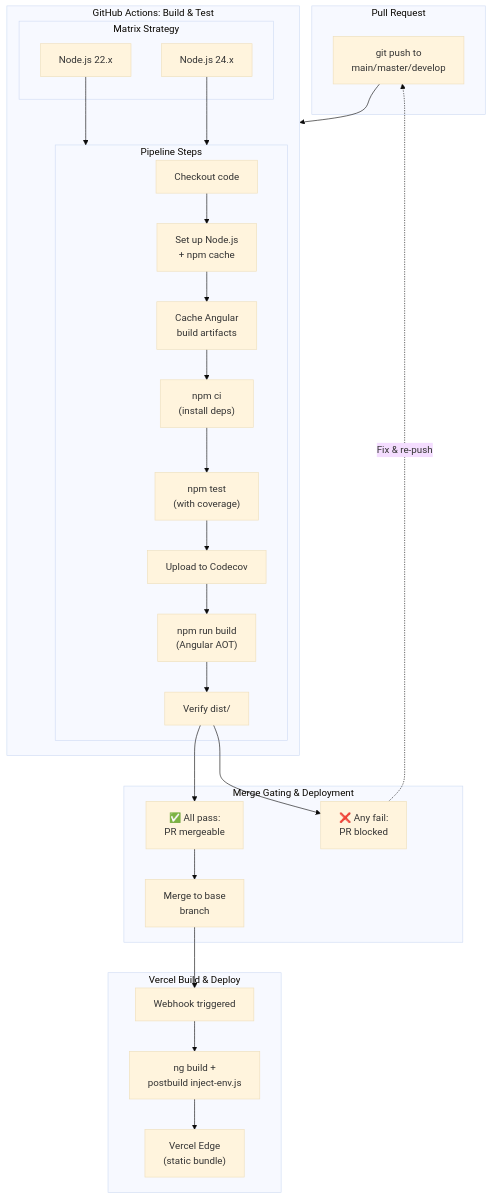
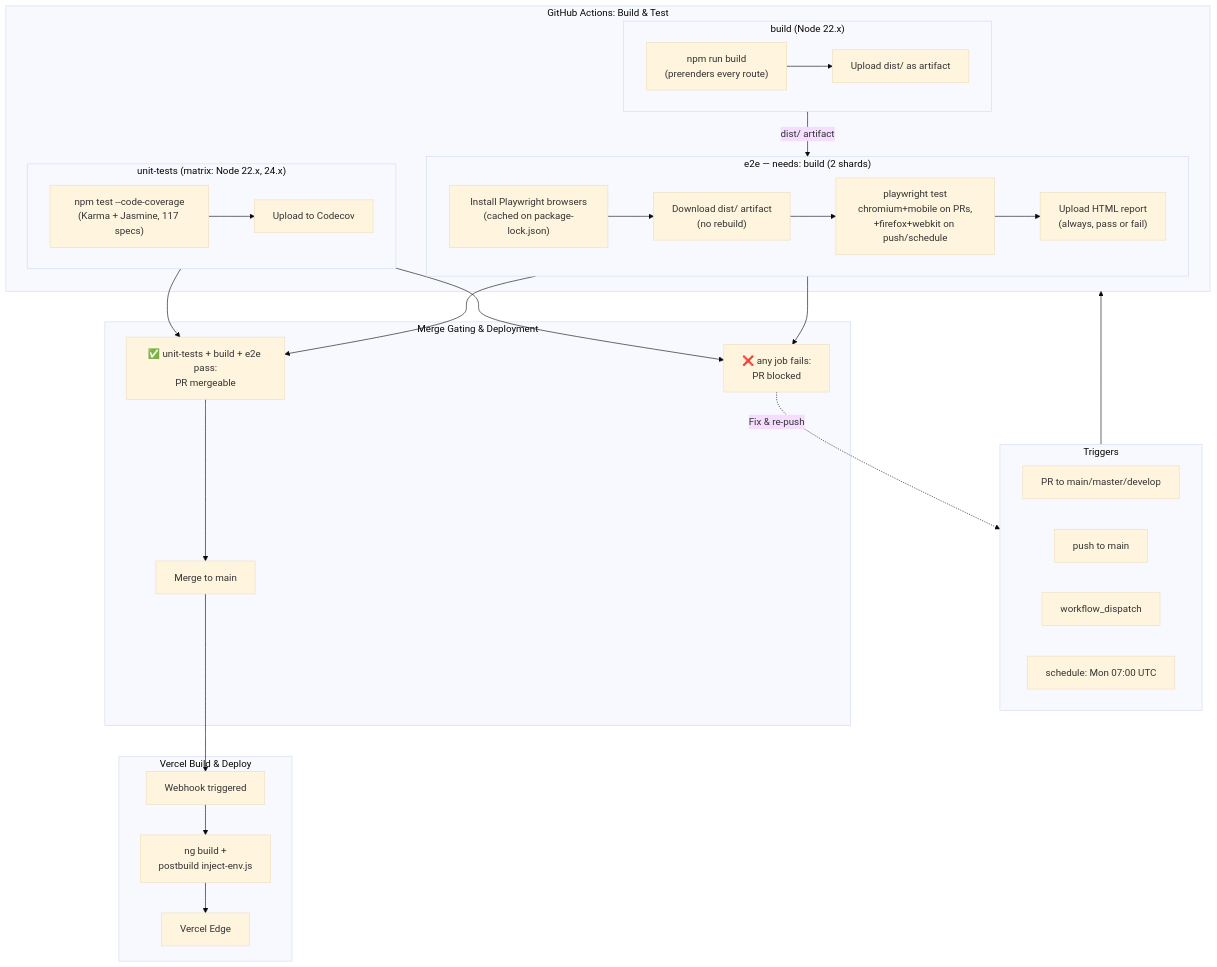
Before and after one commit to AardeYamz/v3.yannislam.org: the second of 3 diagrams in README.md, drawn with Mermaid (base theme). The commit also changed other lines of this file and 1 other file, not shown here.

First line of the commit message:
Document the Playwright E2E implementation

````diff
--- a/README.md
+++ b/README.md
@@ -129,47 +129,53 @@
 ```mermaid
 flowchart TB
-    subgraph PR["Pull Request"]
-        GitPush["git push to<br/>main/master/develop"]
+    subgraph Trigger["Triggers"]
+        PRPush["PR to main/master/develop"]
+        MainPush["push to main"]
+        Manual["workflow_dispatch"]
+        Nightly["schedule: Mon 07:00 UTC"]
     end
-    
+
     subgraph GHA["GitHub Actions: Build & Test"]
-        subgraph MatrixStrategy["Matrix Strategy"]
-            N22["Node.js 22.x"]
-            N24["Node.js 24.x"]
+        subgraph UnitJob["unit-tests (matrix: Node 22.x, 24.x)"]
+            UTest["npm test --code-coverage<br/>(Karma + Jasmine, 117 specs)"]
+            UCov["Upload to Codecov"]
+            UTest --> UCov
         end
-        
-        subgraph Pipeline["Pipeline Steps"]
-            Checkout["Checkout code"]
-            Setup["Set up Node.js<br/>+ npm cache"]
-            AngularCache["Cache Angular<br/>build artifacts"]
-            Install["npm ci<br/>(install deps)"]
-            Tests["npm test<br/>(with coverage)"]
-            Coverage["Upload to Codecov"]
-            Build["npm run build<br/>(Angular AOT)"]
-            Verify["Verify dist/"]
+
+        subgraph BuildJob["build (Node 22.x)"]
+            BBuild["npm run build<br/>(prerenders every route)"]
+            BUpload["Upload dist/ as artifact"]
+            BBuild --> BUpload
         end
-        
-        Checkout --> Setup --> AngularCache --> Install --> Tests --> Coverage --> Build --> Verify
+
+        subgraph E2EJob["e2e — needs: build (2 shards)"]
+            EBrowsers["Install Playwright browsers<br/>(cached on package-lock.json)"]
+            EDownload["Download dist/ artifact<br/>(no rebuild)"]
+            ERun["playwright test<br/>chromium+mobile on PRs,<br/>+firefox+webkit on push/schedule"]
+            EReport["Upload HTML report<br/>(always, pass or fail)"]
+            EBrowsers --> EDownload --> ERun --> EReport
+        end
+
+        BuildJob -->|"dist/ artifact"| E2EJob
     end
-    
+
     subgraph GateAndDeploy["Merge Gating & Deployment"]
-        Mergeable["✅ All pass:<br/>PR mergeable"]
-        Blocked["❌ Any fail:<br/>PR blocked"]
-        Merged["Merge to base<br/>branch"]
+        Mergeable["✅ unit-tests + build + e2e pass:<br/>PR mergeable"]
+        Blocked["❌ any job fails:<br/>PR blocked"]
+        Merged["Merge to main"]
     end
-    
+
     subgraph VercelBuild["Vercel Build & Deploy"]
         VercelCheck["Webhook triggered"]
         VercelBuild2["ng build +<br/>postbuild inject-env.js"]
-        VercelServe["Vercel Edge<br/>(static bundle)"]
+        VercelServe["Vercel Edge"]
     end
-    
-    GitPush --> GHA
-    N22 & N24 --> Pipeline
-    Verify --> Mergeable
-    Verify --> Blocked
-    Blocked -.->|"Fix & re-push"| GitPush
+
+    Trigger --> GHA
+    UnitJob & E2EJob --> Mergeable
+    UnitJob & E2EJob --> Blocked
+    Blocked -.->|"Fix & re-push"| Trigger
     Mergeable --> Merged
     Merged --> VercelCheck
     VercelCheck --> VercelBuild2 --> VercelServe
 ```
````
